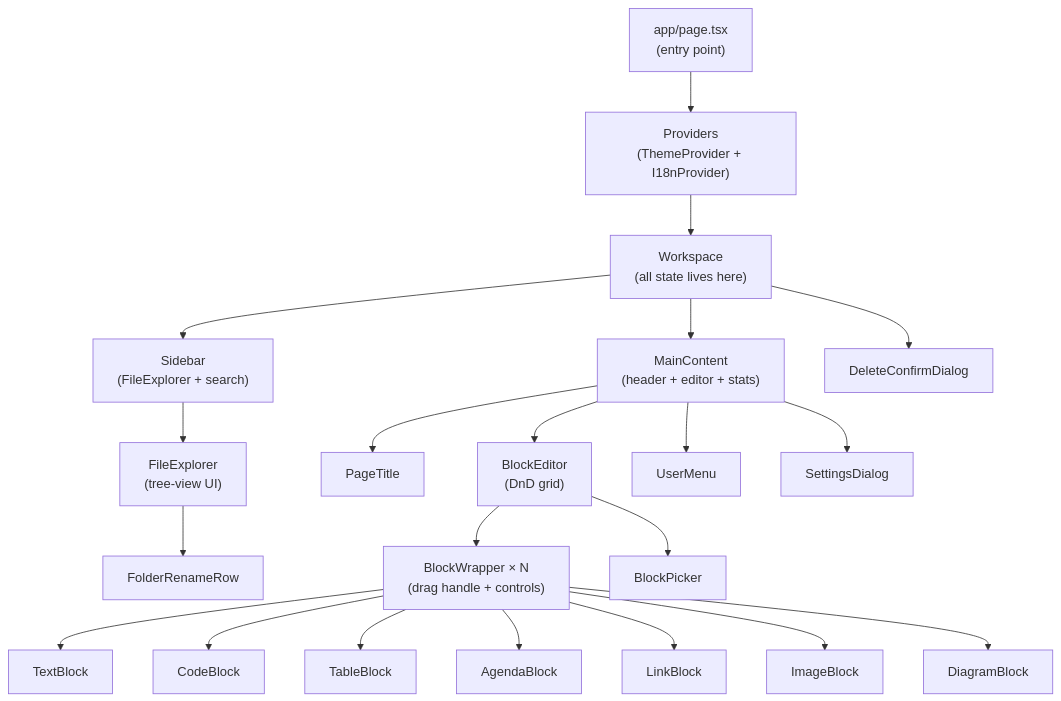
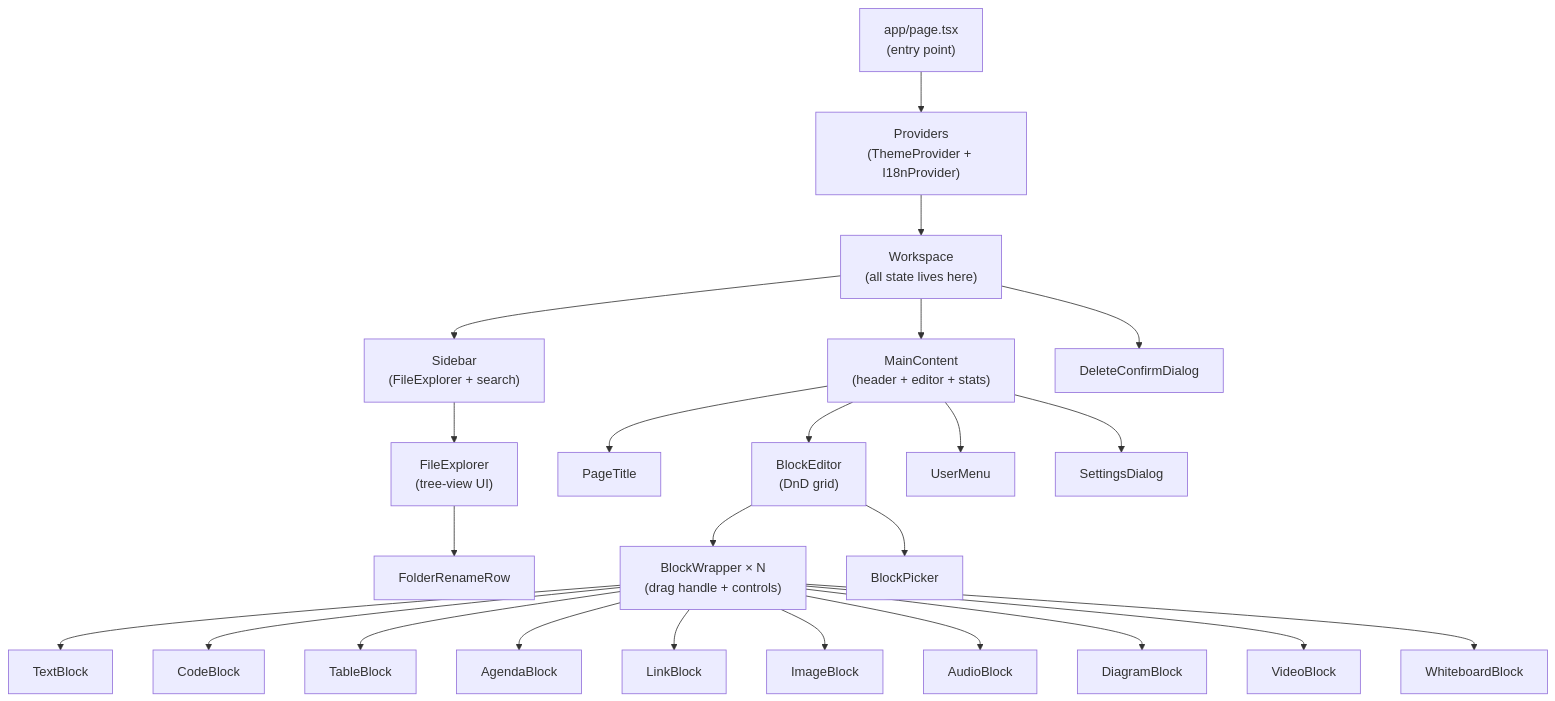
The second of 14 diagrams in docs/ARCHITECTURE.md (Ligred/devTree), drawn with Mermaid before and after one commit. The commit also changed other lines of this file and 14 other files, not shown here.

Commit message:
added video block

````diff
--- a/docs/ARCHITECTURE.md
+++ b/docs/ARCHITECTURE.md
@@ -73,30 +73,33 @@
 ```mermaid
 graph TD
     App["app/page.tsx\n(entry point)"]
     App --> Providers["Providers\n(ThemeProvider + I18nProvider)"]
     Providers --> Workspace
 
     Workspace["Workspace\n(all state lives here)"]
     Workspace --> Sidebar["Sidebar\n(FileExplorer + search)"]
     Workspace --> MainContent["MainContent\n(header + editor + stats)"]
     Workspace --> DeleteConfirmDialog
 
     Sidebar --> FileExplorer["FileExplorer\n(tree-view UI)"]
     FileExplorer --> FolderRenameRow
 
     MainContent --> PageTitle
     MainContent --> BlockEditor["BlockEditor\n(DnD grid)"]
     MainContent --> UserMenu
     MainContent --> SettingsDialog
 
     BlockEditor --> BlockWrapper["BlockWrapper × N\n(drag handle + controls)"]
     BlockEditor --> BlockPicker
 
     BlockWrapper --> TextBlock
     BlockWrapper --> CodeBlock
     BlockWrapper --> TableBlock
     BlockWrapper --> AgendaBlock
     BlockWrapper --> LinkBlock
     BlockWrapper --> ImageBlock
+    BlockWrapper --> AudioBlock
     BlockWrapper --> DiagramBlock
+    BlockWrapper --> VideoBlock
+    BlockWrapper --> WhiteboardBlock
 ```
````
